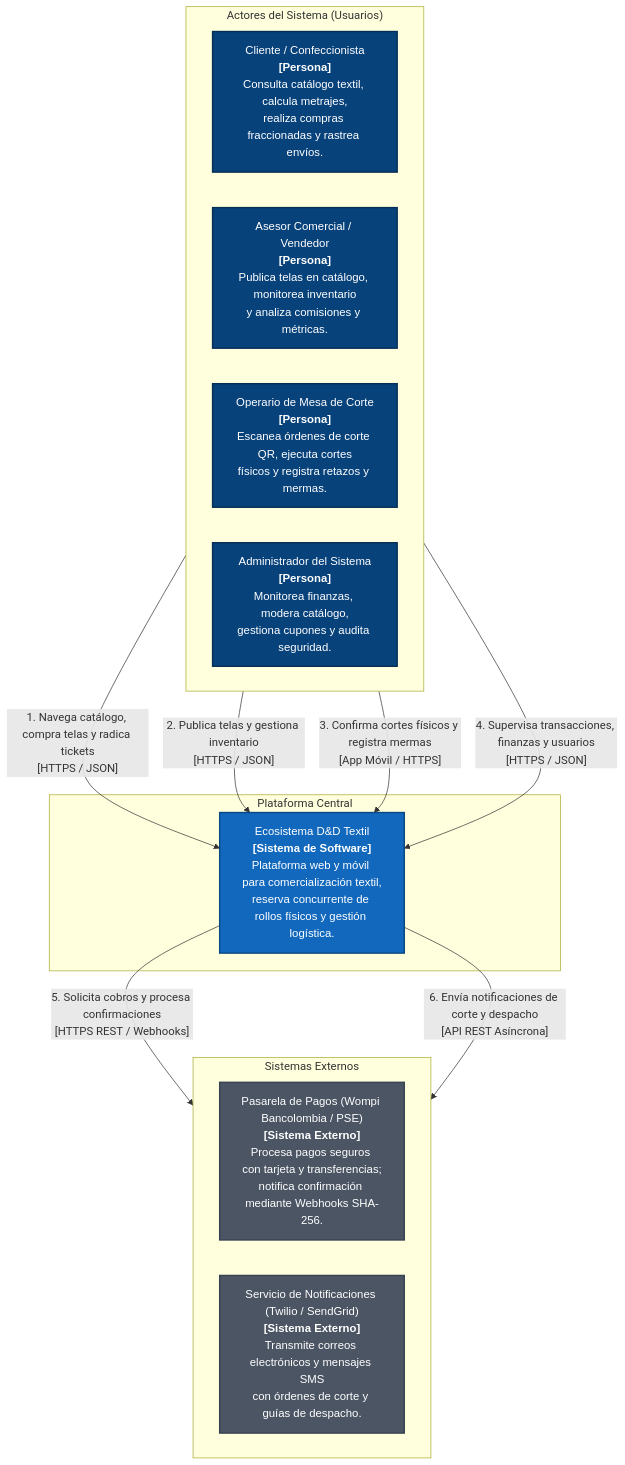
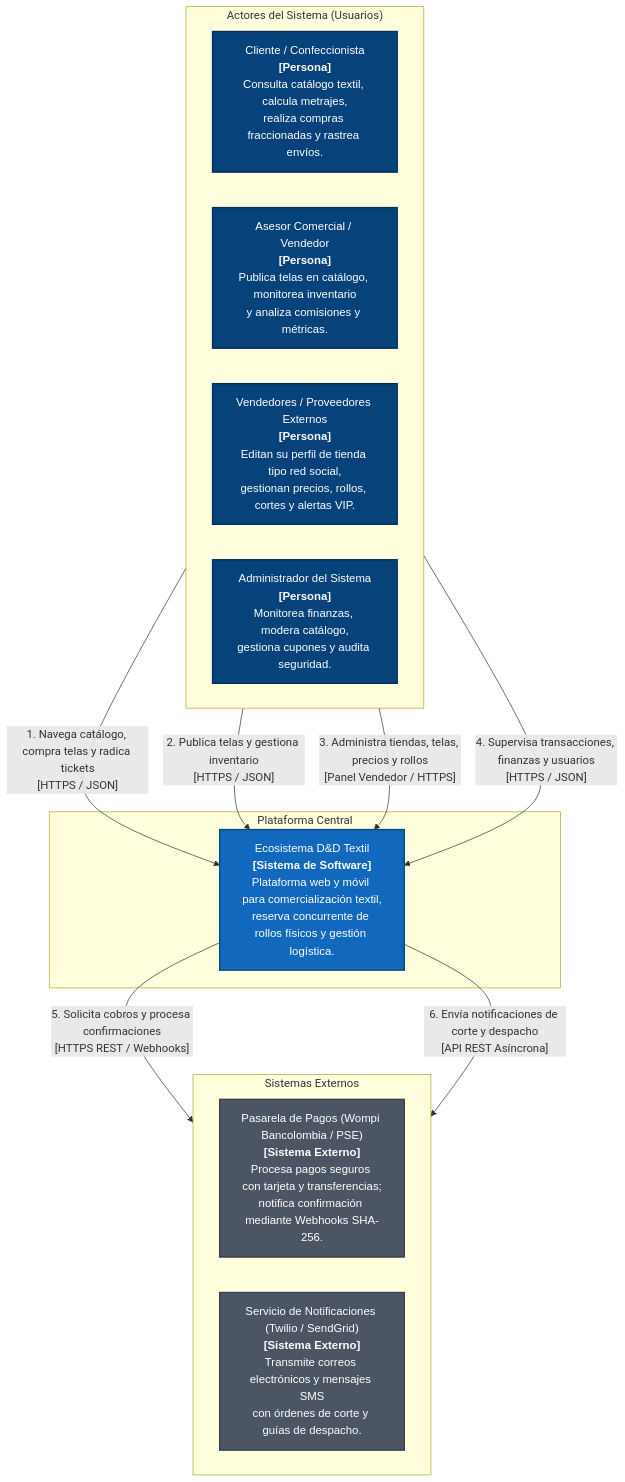
Before and after one commit to Jhonmoreno000/PROYECTO-SENA-TIENDA-TEXTIL-: the first of 7 diagrams in documentacion/02-arquitectura-software-c4-y-backend.md, drawn with Mermaid. The commit also changed other lines of this file and 2 other files, not shown here.

````diff
--- a/documentacion/02-arquitectura-software-c4-y-backend.md
+++ b/documentacion/02-arquitectura-software-c4-y-backend.md
@@ -108,32 +132,32 @@
 ```mermaid
 flowchart TD
     classDef personStyle fill:#08427B,stroke:#052e56,stroke-width:2px,color:#ffffff,font-family:sans-serif;
     classDef coreSystem fill:#1168BD,stroke:#0b4884,stroke-width:2px,color:#ffffff,font-family:sans-serif;
     classDef extSystem fill:#4B5563,stroke:#374151,stroke-width:2px,color:#ffffff,font-family:sans-serif;
 
     subgraph Actores ["Actores del Sistema (Usuarios)"]
         direction LR
         cliente["Cliente / Confeccionista<br/><b>[Persona]</b><br/>Consulta catálogo textil, calcula metrajes,<br/>realiza compras fraccionadas y rastrea envíos."]:::personStyle
         vendedor["Asesor Comercial / Vendedor<br/><b>[Persona]</b><br/>Publica telas en catálogo, monitorea inventario<br/>y analiza comisiones y métricas."]:::personStyle
-        operario["Operario de Mesa de Corte<br/><b>[Persona]</b><br/>Escanea órdenes de corte QR, ejecuta cortes<br/>físicos y registra retazos y mermas."]:::personStyle
+        vendedorExt["Vendedores / Proveedores Externos<br/><b>[Persona]</b><br/>Editan su perfil de tienda tipo red social,<br/>gestionan precios, rollos, cortes y alertas VIP."]:::personStyle
         admin["Administrador del Sistema<br/><b>[Persona]</b><br/>Monitorea finanzas, modera catálogo,<br/>gestiona cupones y audita seguridad."]:::personStyle
     end
 
     subgraph Plataforma ["Plataforma Central"]
         sistemaTextil["Ecosistema D&D Textil<br/><b>[Sistema de Software]</b><br/>Plataforma web y móvil para comercialización textil,<br/>reserva concurrente de rollos físicos y gestión logística."]:::coreSystem
     end
 
     subgraph Externos ["Sistemas Externos"]
         direction LR
         pasarelaPagos["Pasarela de Pagos (Wompi Bancolombia / PSE)<br/><b>[Sistema Externo]</b><br/>Procesa pagos seguros con tarjeta y transferencias;<br/>notifica confirmación mediante Webhooks SHA-256."]:::extSystem
         servicioMensajeria["Servicio de Notificaciones (Twilio / SendGrid)<br/><b>[Sistema Externo]</b><br/>Transmite correos electrónicos y mensajes SMS<br/>con órdenes de corte y guías de despacho."]:::extSystem
     end
 
     cliente -->|"1. Navega catálogo, compra telas y radica tickets<br/>[HTTPS / JSON]"| sistemaTextil
     vendedor -->|"2. Publica telas y gestiona inventario<br/>[HTTPS / JSON]"| sistemaTextil
-    operario -->|"3. Confirma cortes físicos y registra mermas<br/>[App Móvil / HTTPS]"| sistemaTextil
+    vendedorExt -->|"3. Administra tiendas, telas, precios y rollos<br/>[Panel Vendedor / HTTPS]"| sistemaTextil
     admin -->|"4. Supervisa transacciones, finanzas y usuarios<br/>[HTTPS / JSON]"| sistemaTextil
 
     sistemaTextil -->|"5. Solicita cobros y procesa confirmaciones<br/>[HTTPS REST / Webhooks]"| pasarelaPagos
     sistemaTextil -->|"6. Envía notificaciones de corte y despacho<br/>[API REST Asíncrona]"| servicioMensajeria
 ```
````
